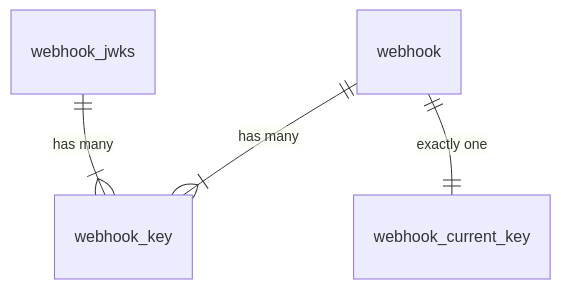
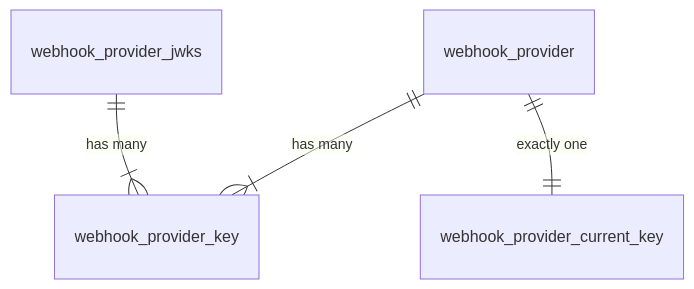
The fifth of 11 diagrams in README.md (thejimmyg/python-auth-tools), drawn with Mermaid before and after one commit. The commit also changed other lines of this file and 71 other files, not shown here.

````diff
--- a/README.md
+++ b/README.md
@@ -300,6 +299,6 @@
 ```mermaid
 erDiagram
-    webhook ||--|{ webhook_key : "has many"
-    webhook ||--|| webhook_current_key : "exactly one"
-    webhook_jwks ||--|{ webhook_key : "has many"
+    webhook_provider ||--|{ webhook_provider_key : "has many"
+    webhook_provider ||--|| webhook_provider_current_key : "exactly one"
+    webhook_provider_jwks ||--|{ webhook_provider_key : "has many"
 ```
````
